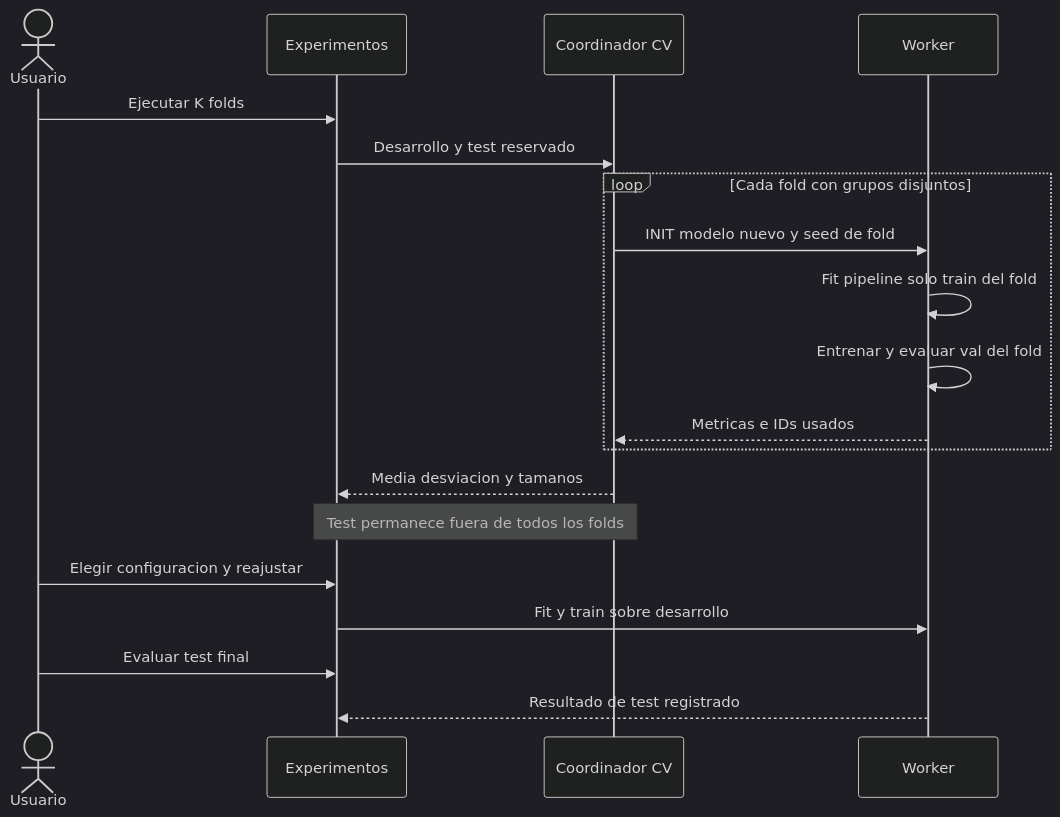
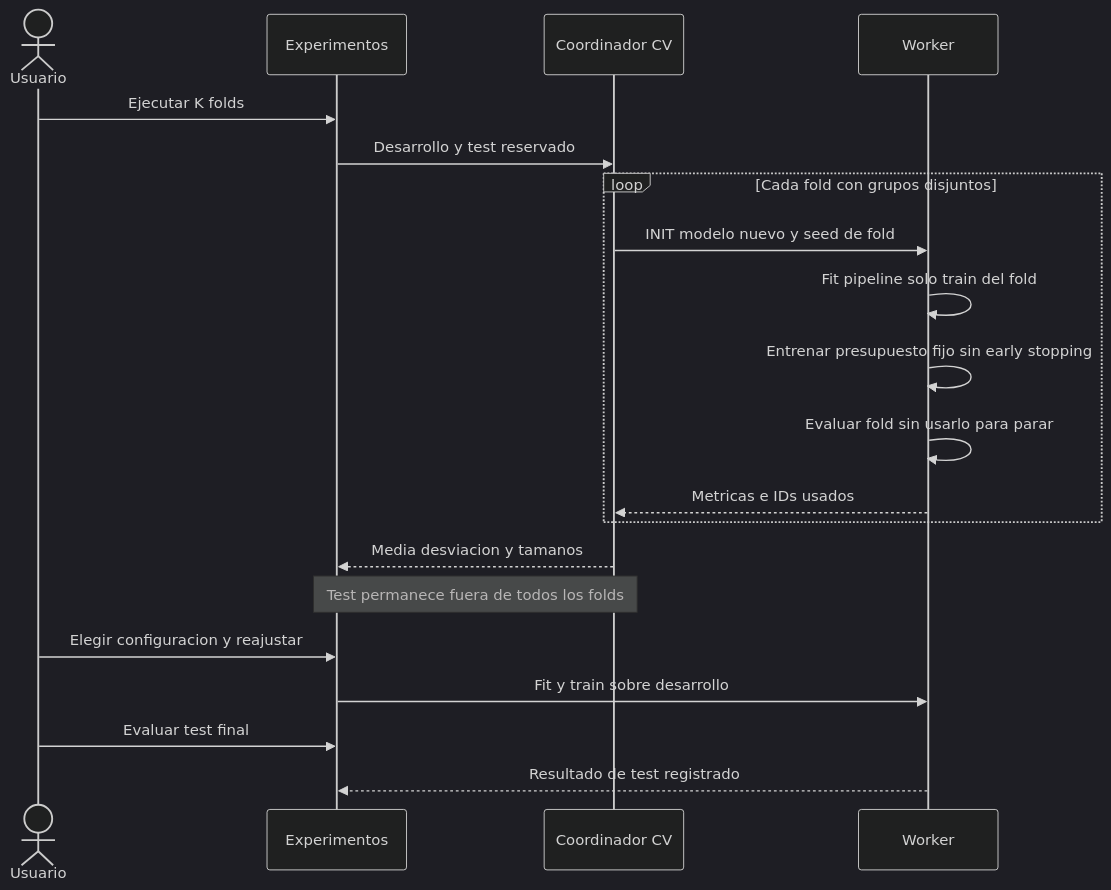
One commit to franmatias/neural-atlas changed diagram 17 of 26 in docs/15-diagramas.md. Above: the diagram before and after it, drawn with Mermaid (dark theme). The commit also changed other lines of this file and 65 other files, not shown here.

Commit message:
docs: validate revised design diagrams and GitHub publication target

````diff
--- a/docs/15-diagramas.md
+++ b/docs/15-diagramas.md
@@ -489,21 +507,22 @@
 ```mermaid
 sequenceDiagram
   actor A as Usuario
   participant UI as Experimentos
   participant CV as Coordinador CV
   participant W as Worker
   A->>UI: Ejecutar K folds
   UI->>CV: Desarrollo y test reservado
   loop Cada fold con grupos disjuntos
     CV->>W: INIT modelo nuevo y seed de fold
     W->>W: Fit pipeline solo train del fold
-    W->>W: Entrenar y evaluar val del fold
+    W->>W: Entrenar presupuesto fijo sin early stopping
+    W->>W: Evaluar fold sin usarlo para parar
     W-->>CV: Metricas e IDs usados
   end
   CV-->>UI: Media desviacion y tamanos
   Note over UI,CV: Test permanece fuera de todos los folds
   A->>UI: Elegir configuracion y reajustar
   UI->>W: Fit y train sobre desarrollo
   A->>UI: Evaluar test final
   W-->>UI: Resultado de test registrado
 ```
````
